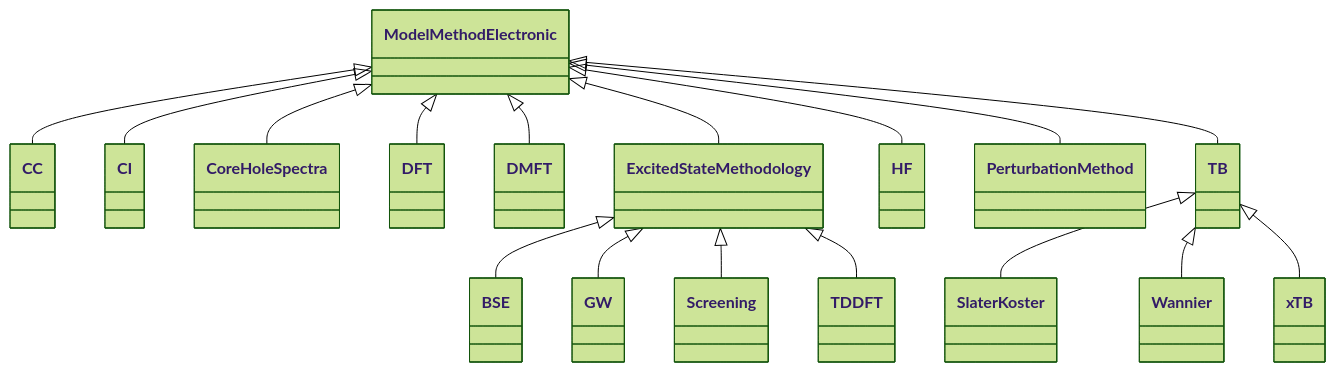
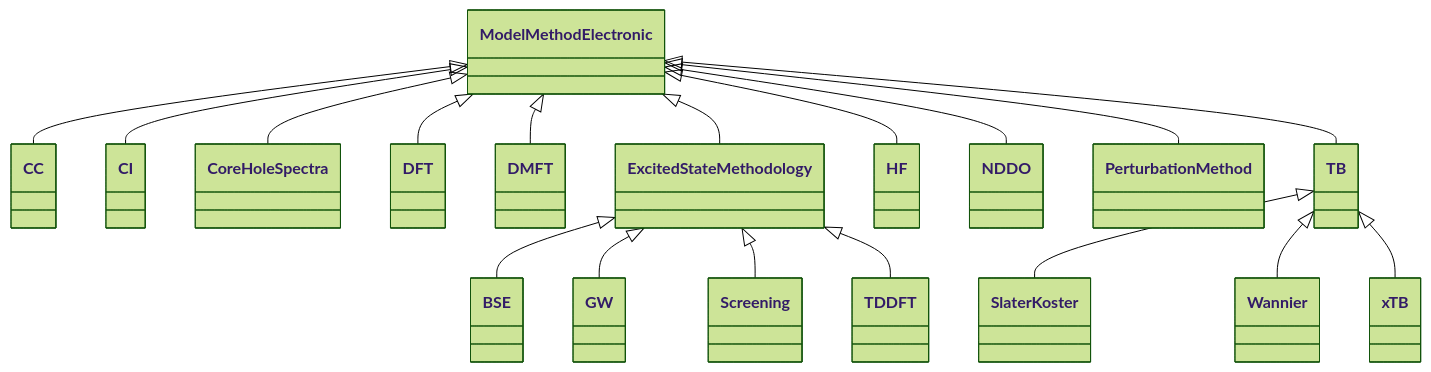
Before and after one commit to FAIRmat-NFDI/nomad-simulations: the diagram in docs/schema/model_method_electronic.diagram.md, drawn with Mermaid (forest theme). The commit also changed 4 other files, not shown here.

````diff
--- a/docs/schema/model_method_electronic.diagram.md
+++ b/docs/schema/model_method_electronic.diagram.md
@@ -14,36 +14,38 @@
 ```mermaid
 classDiagram
     class BSE
     class CC
     class CI
     class CoreHoleSpectra
     class DFT
     class DMFT
     class ExcitedStateMethodology
     class GW
     class HF
     class ModelMethodElectronic
+    class NDDO
     class PerturbationMethod
     class Screening
     class SlaterKoster
     class TB
     class TDDFT
     class Wannier
     class xTB
     ExcitedStateMethodology <|-- BSE
     ModelMethodElectronic <|-- CC
     ModelMethodElectronic <|-- CI
     ModelMethodElectronic <|-- CoreHoleSpectra
     ModelMethodElectronic <|-- DFT
     ModelMethodElectronic <|-- DMFT
     ModelMethodElectronic <|-- ExcitedStateMethodology
     ExcitedStateMethodology <|-- GW
     ModelMethodElectronic <|-- HF
+    ModelMethodElectronic <|-- NDDO
     ModelMethodElectronic <|-- PerturbationMethod
     ExcitedStateMethodology <|-- Screening
     TB <|-- SlaterKoster
     ModelMethodElectronic <|-- TB
     ExcitedStateMethodology <|-- TDDFT
     TB <|-- Wannier
     TB <|-- xTB
 ```
````
